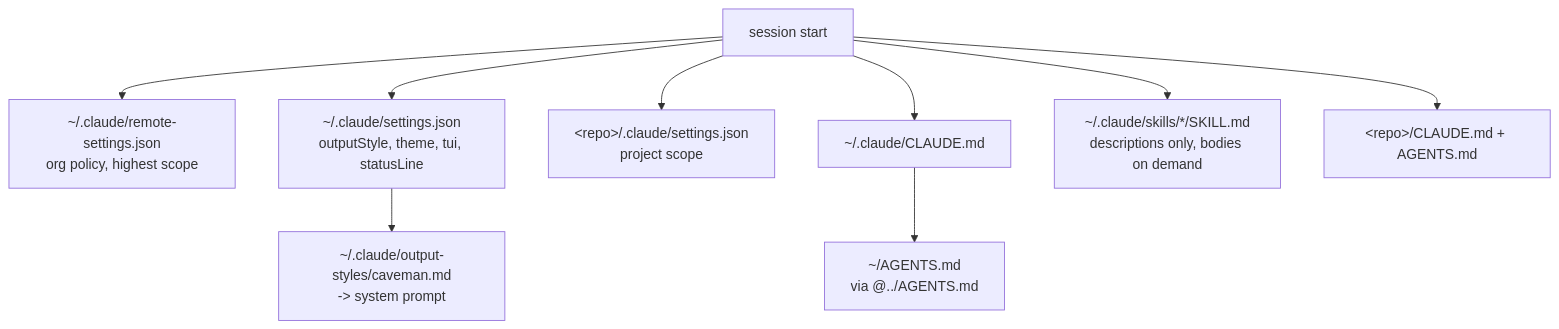
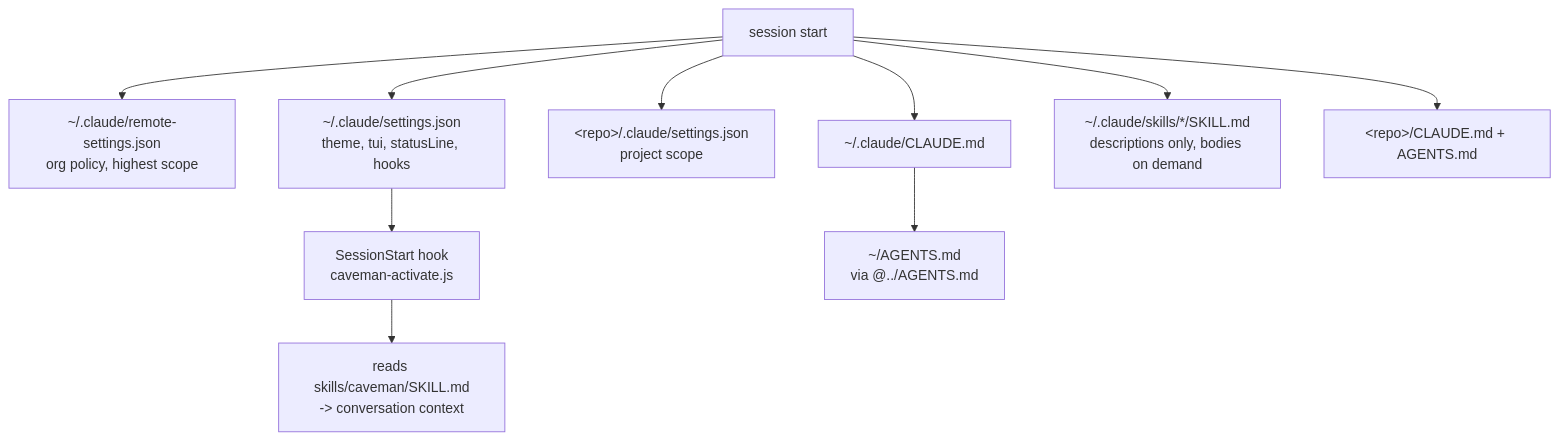
The diagram in content/claude-code-environment.md (pilniczek/important), drawn with Mermaid before and after one commit. The commit also changed other lines of this file and 10 other files, not shown here.

````diff
--- a/content/claude-code-environment.md
+++ b/content/claude-code-environment.md
@@ -36,11 +39,12 @@
 ```mermaid
 flowchart TD
   S["session start"] --> P["~/.claude/remote-settings.json<br/>org policy, highest scope"]
-  S --> U["~/.claude/settings.json<br/>outputStyle, theme, tui, statusLine"]
+  S --> U["~/.claude/settings.json<br/>theme, tui, statusLine, hooks"]
   S --> PR["&lt;repo&gt;/.claude/settings.json<br/>project scope"]
-  U --> OS["~/.claude/output-styles/caveman.md<br/>-> system prompt"]
+  U --> HK["SessionStart hook<br/>caveman-activate.js"]
+  HK --> CTX["reads skills/caveman/SKILL.md<br/>-> conversation context"]
   S --> CM["~/.claude/CLAUDE.md"]
   CM --> AG["~/AGENTS.md<br/>via @../AGENTS.md"]
   S --> SK["~/.claude/skills/*/SKILL.md<br/>descriptions only, bodies on demand"]
   S --> RC["&lt;repo&gt;/CLAUDE.md + AGENTS.md"]
 ```
````
